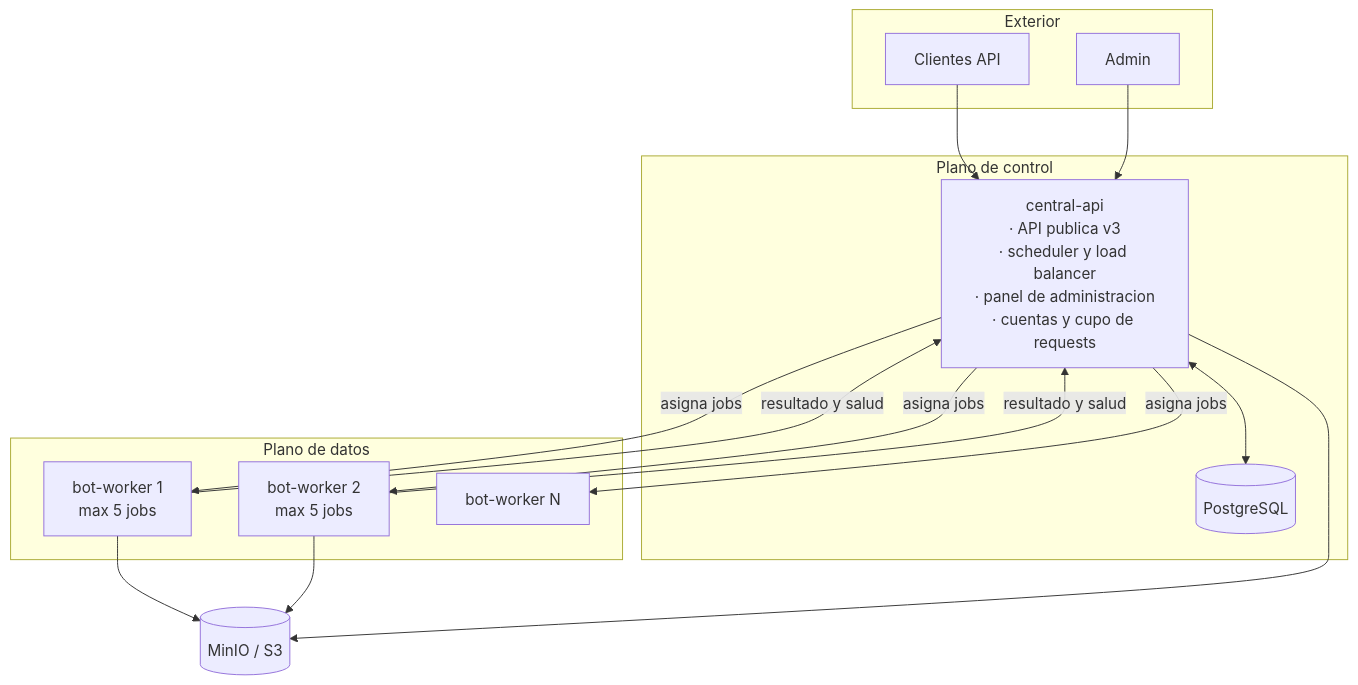
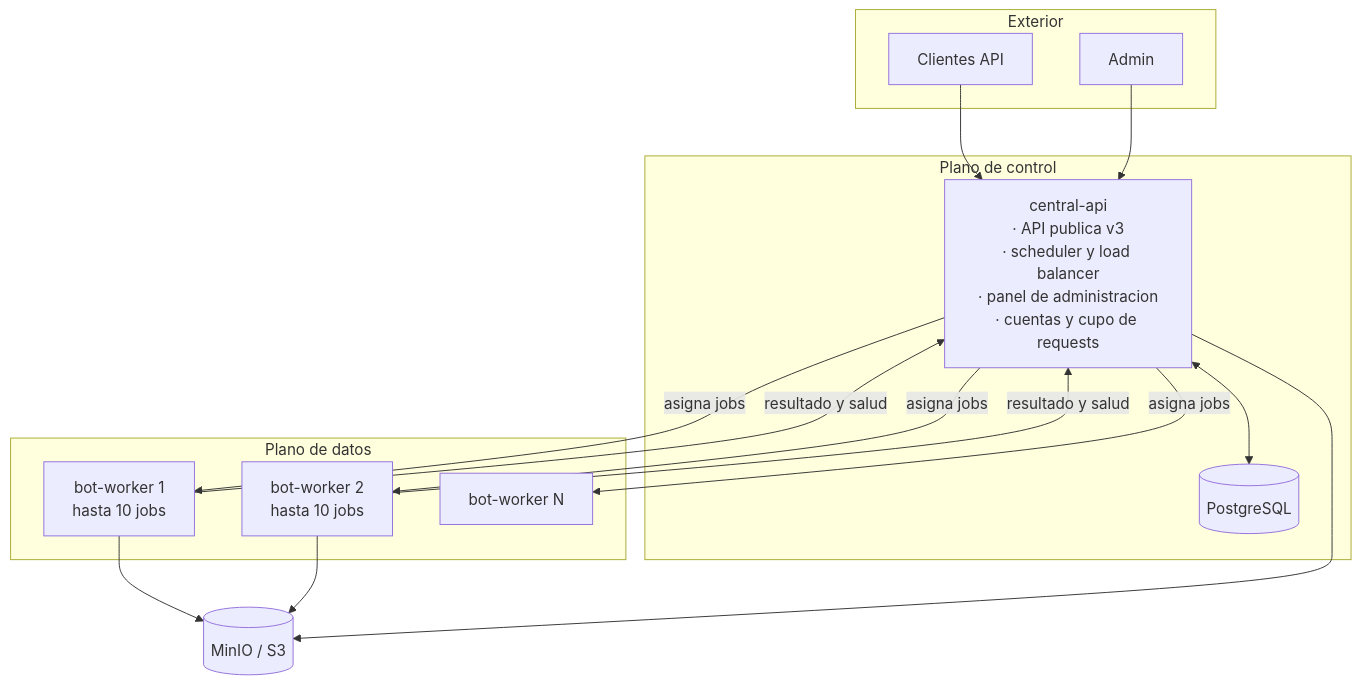
Before and after one commit to abustosp/api-bots-mrbot-v3: the first of 2 diagrams in README.md, drawn with Mermaid. The commit also changed other lines of this file and 11 other files, not shown here.

````diff
--- a/README.md
+++ b/README.md
@@ -56,32 +54,32 @@
 ```mermaid
 graph TB
     subgraph ext["Exterior"]
         CLI["Clientes API"]
         ADM["Admin"]
     end
 
     subgraph core["Plano de control"]
         API["central-api<br/>· API publica v3<br/>· scheduler y load balancer<br/>· panel de administracion<br/>· cuentas y cupo de requests"]
         PG[("PostgreSQL")]
     end
 
     subgraph data["Plano de datos"]
-        W1["bot-worker 1<br/>max 5 jobs"]
-        W2["bot-worker 2<br/>max 5 jobs"]
+        W1["bot-worker 1<br/>hasta 10 jobs"]
+        W2["bot-worker 2<br/>hasta 10 jobs"]
         WN["bot-worker N"]
     end
 
     OBJ[("MinIO / S3")]
 
     CLI --> API
     ADM --> API
     API <--> PG
     API -->|asigna jobs| W1
     API -->|asigna jobs| W2
     API -->|asigna jobs| WN
     W1 -->|resultado y salud| API
     W2 -->|resultado y salud| API
     W1 --> OBJ
     W2 --> OBJ
     API --> OBJ
 ```
````
